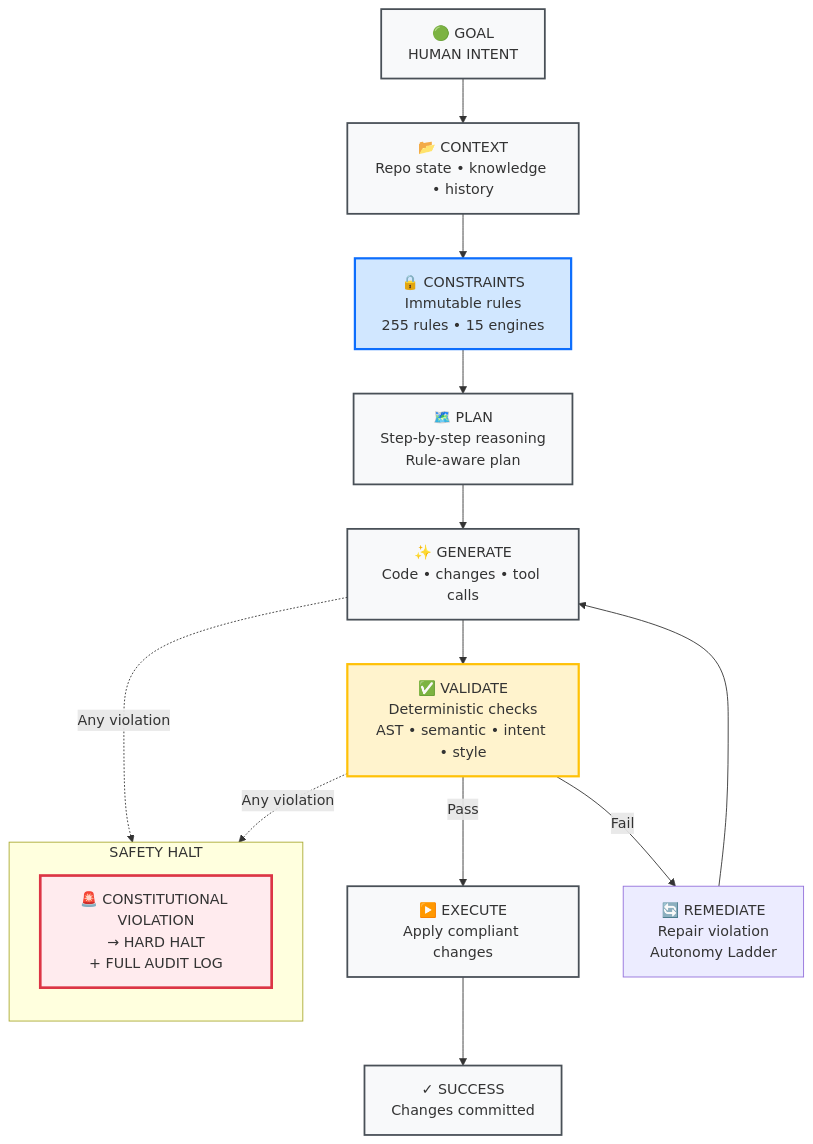
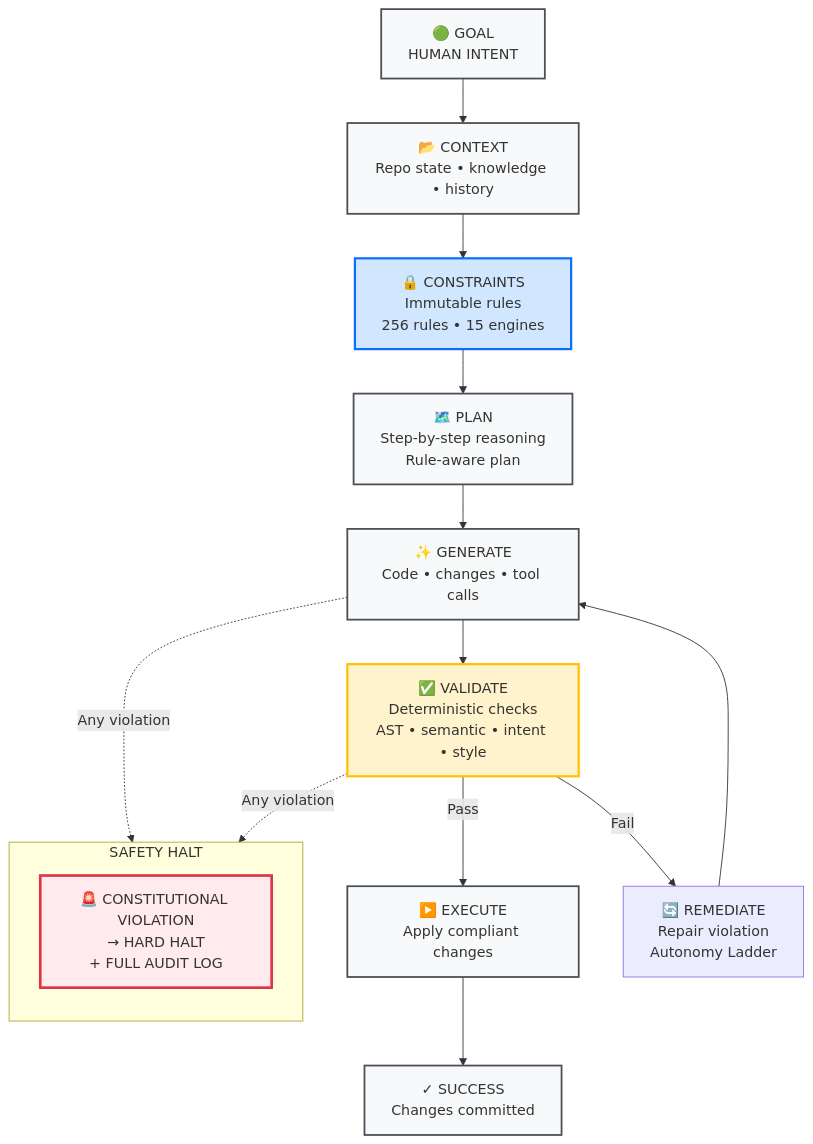
The diagram in README.md (DariuszNewecki/CORE), drawn with Mermaid before and after one commit. The commit also changed other lines of this file and 3 other files, not shown here.

````diff
--- a/README.md
+++ b/README.md
@@ -148,30 +148,30 @@
 ```mermaid
 flowchart TD
     A["🟢 GOAL\nHUMAN INTENT"] --> B["📂 CONTEXT\nRepo state • knowledge • history"]
-    B --> C["🔒 CONSTRAINTS\nImmutable rules\n255 rules • 15 engines"]
+    B --> C["🔒 CONSTRAINTS\nImmutable rules\n256 rules • 15 engines"]
     C --> D["🗺️ PLAN\nStep-by-step reasoning\nRule-aware plan"]
     D --> E["✨ GENERATE\nCode • changes • tool calls"]
     E --> F["✅ VALIDATE\nDeterministic checks\nAST • semantic • intent • style"]
     F -->|Pass| G["▶️ EXECUTE\nApply compliant changes"]
     F -->|Fail| H["🔄 REMEDIATE\nRepair violation\nAutonomy Ladder"]
     H --> E
     G --> I["✓ SUCCESS\nChanges committed"]
 
     subgraph "SAFETY HALT"
         direction TB
         J["🚨 CONSTITUTIONAL VIOLATION\n→ HARD HALT\n+ FULL AUDIT LOG"]
     end
 
     E -.->|Any violation| J
     F -.->|Any violation| J
 
     classDef phase      fill:#f8f9fa,stroke:#495057,stroke-width:2px
     classDef constraint fill:#d1e7ff,stroke:#0d6efd,stroke-width:2.5px
     classDef validate   fill:#fff3cd,stroke:#ffc107,stroke-width:2.5px
     classDef halt       fill:#ffebee,stroke:#dc3545,stroke-width:3px
 
     class A,B,D,E,G,I phase
     class C constraint
     class F validate
     class J halt
 ```
````
